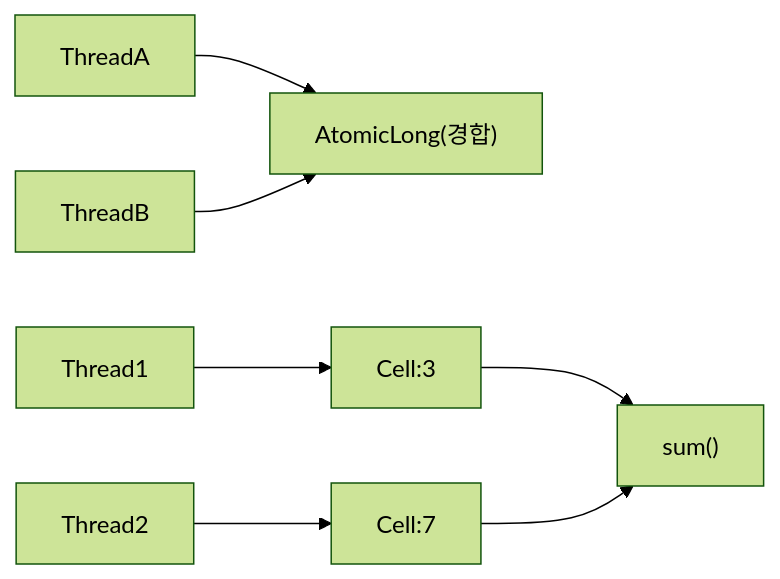
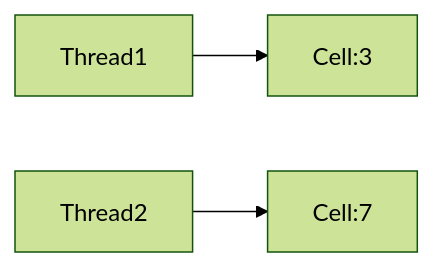
Before and after one commit to yjkim2015/yjkim2015.github.io: diagram 11 of 17 in _posts/java/2026-05-01-java-thread.md, drawn with Mermaid (forest theme). The commit also changed other lines of this file and 149 other files, not shown here.

First line of the commit message:
Mermaid 가독성 개선: 라벨 축약, 노드 축소, TD→LR 변환

````diff
--- a/_posts/java/2026-05-01-java-thread.md
+++ b/_posts/java/2026-05-01-java-thread.md
@@ -1078,7 +1067,5 @@
 ```mermaid
 graph LR
-    TA["ThreadA"] & TB["ThreadB"] --> CELL["AtomicLong(경합)"]
     T1["Thread1"] --> C1["Cell:3"]
     T2["Thread2"] --> C2["Cell:7"]
-    C1 & C2 --> SUM["sum()"]
 ```
````
